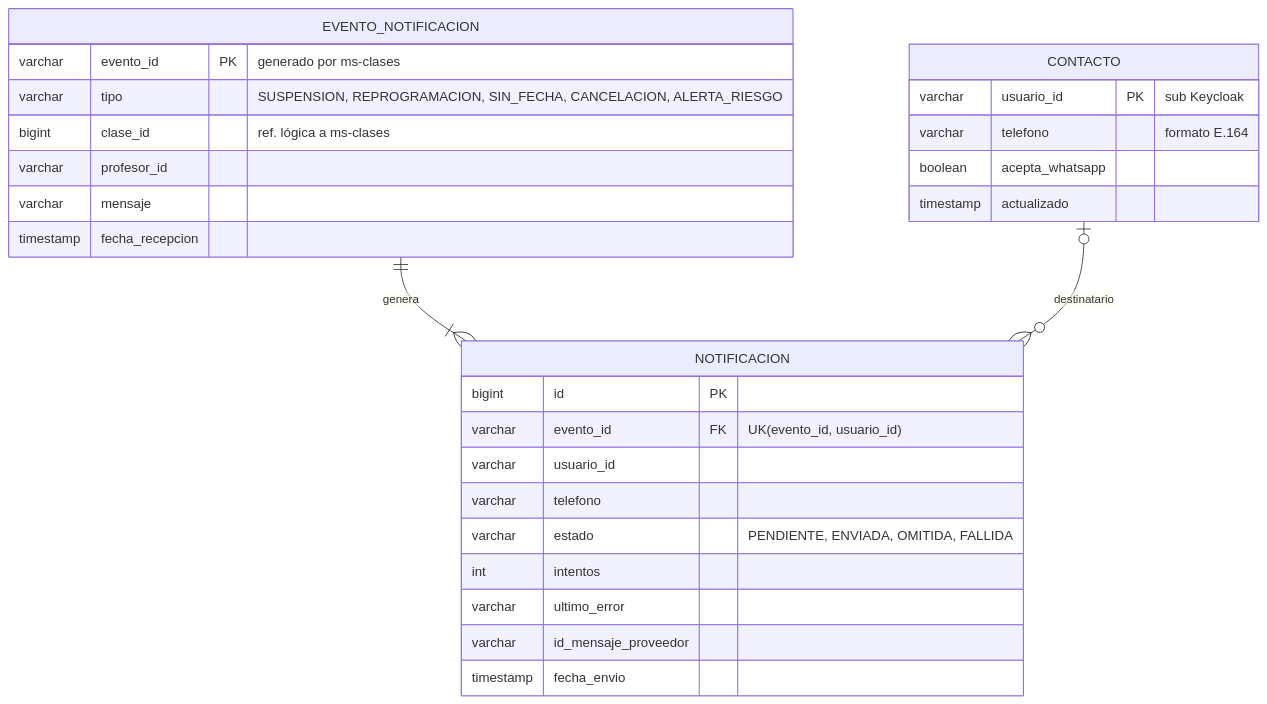
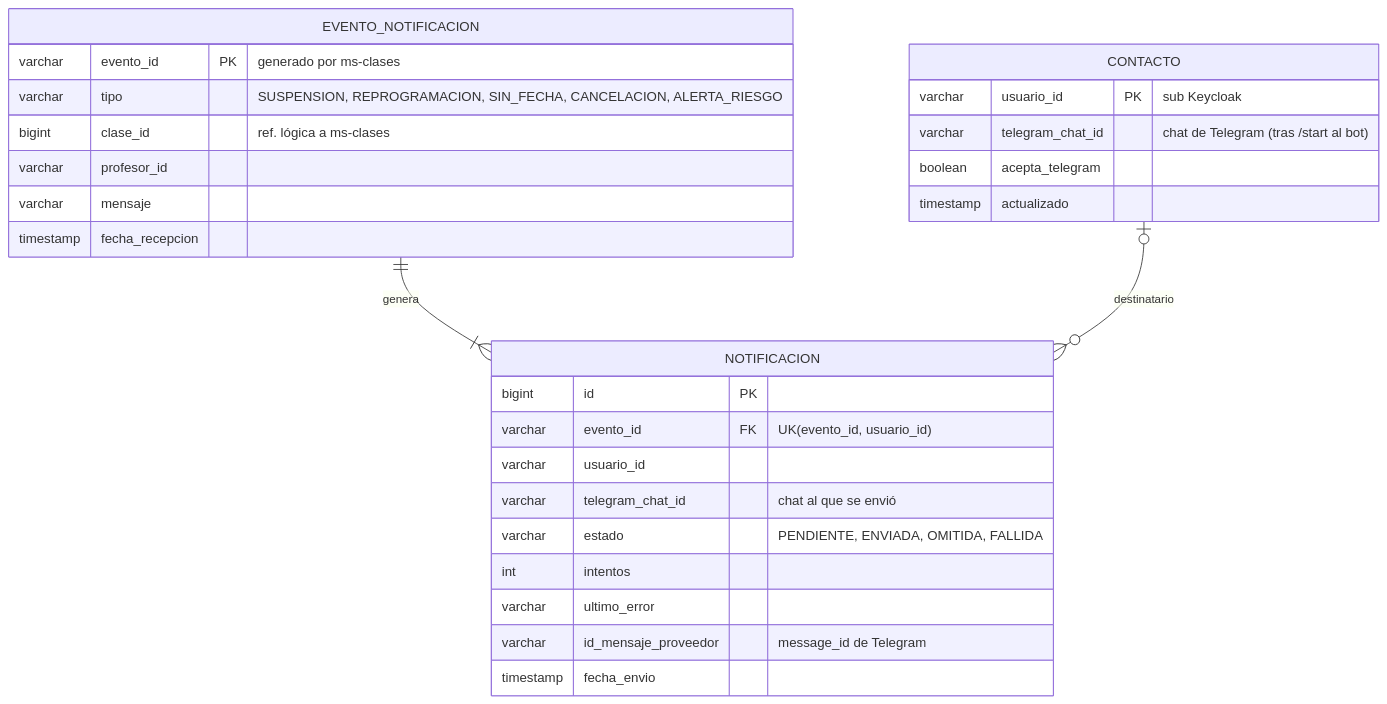
Before and after one commit to tomy91449/climafit: the diagram in docs/diagramas/der-notificaciones.mmd, drawn with Mermaid. The commit also changed 15 other files, not shown here.

First line of the commit message:
Diagramas y documentación al día

```diff
--- a/docs/diagramas/der-notificaciones.mmd
+++ b/docs/diagramas/der-notificaciones.mmd
@@ -1,29 +1,29 @@
 %% DER - notificaciones_db (administrada por ms-notificaciones)
 erDiagram
   CONTACTO {
     varchar usuario_id PK "sub Keycloak"
-    varchar telefono "formato E.164"
-    boolean acepta_whatsapp
+    varchar telegram_chat_id "chat de Telegram (tras /start al bot)"
+    boolean acepta_telegram
     timestamp actualizado
   }
   EVENTO_NOTIFICACION {
     varchar evento_id PK "generado por ms-clases"
     varchar tipo "SUSPENSION, REPROGRAMACION, SIN_FECHA, CANCELACION, ALERTA_RIESGO"
     bigint clase_id "ref. lógica a ms-clases"
     varchar profesor_id
     varchar mensaje
     timestamp fecha_recepcion
   }
   NOTIFICACION {
     bigint id PK
     varchar evento_id FK "UK(evento_id, usuario_id)"
     varchar usuario_id
-    varchar telefono
+    varchar telegram_chat_id "chat al que se envió"
     varchar estado "PENDIENTE, ENVIADA, OMITIDA, FALLIDA"
     int intentos
     varchar ultimo_error
-    varchar id_mensaje_proveedor
+    varchar id_mensaje_proveedor "message_id de Telegram"
     timestamp fecha_envio
   }
   EVENTO_NOTIFICACION ||--|{ NOTIFICACION : "genera"
   CONTACTO |o--o{ NOTIFICACION : "destinatario"
```
